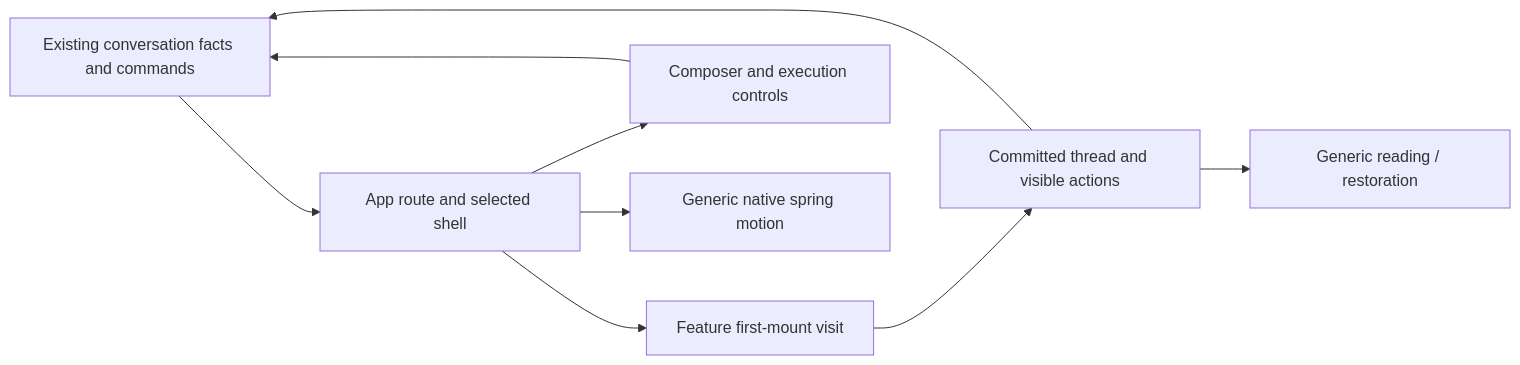
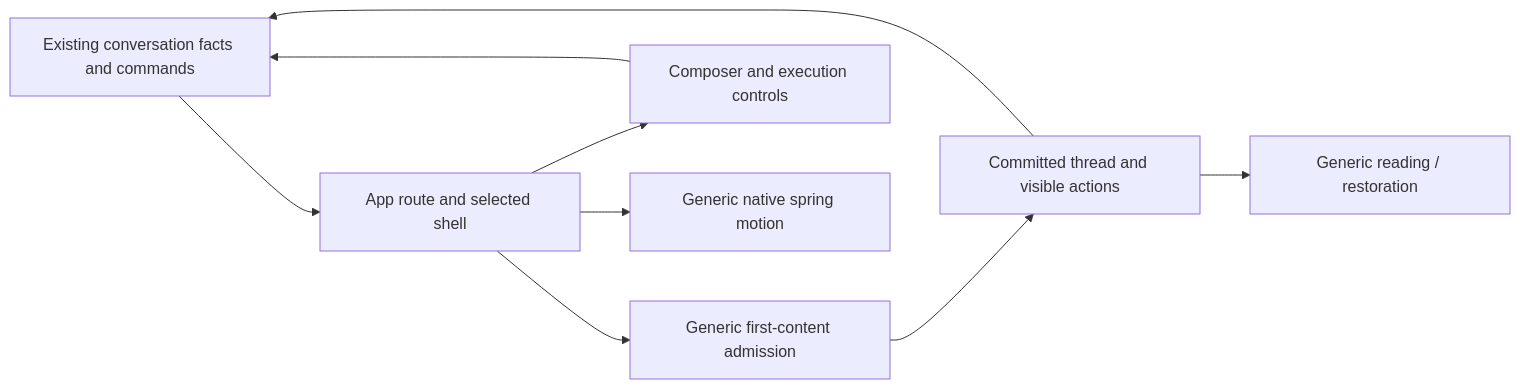
The diagram in docs/frontend-responsive-presentation.md (keanji-x/neige-calm), drawn with Mermaid before and after one commit. The commit also changed other lines of this file and 9 other files, not shown here.

First line of the commit message:
refactor(ui): Extract shared content admission lifecycle

````diff
--- a/docs/frontend-responsive-presentation.md
+++ b/docs/frontend-responsive-presentation.md
@@ -27,11 +27,11 @@
 ```mermaid
 flowchart LR
   facts["Existing conversation facts and commands"] --> host["App route and selected shell"]
-  host --> visit["Feature first-mount visit"]
+  host --> visit["Generic first-content admission"]
   visit --> thread["Committed thread and visible actions"]
   host --> composer["Composer and execution controls"]
   thread --> reading["Generic reading / restoration"]
   host --> motion["Generic native spring motion"]
   thread --> facts
   composer --> facts
 ```
````
